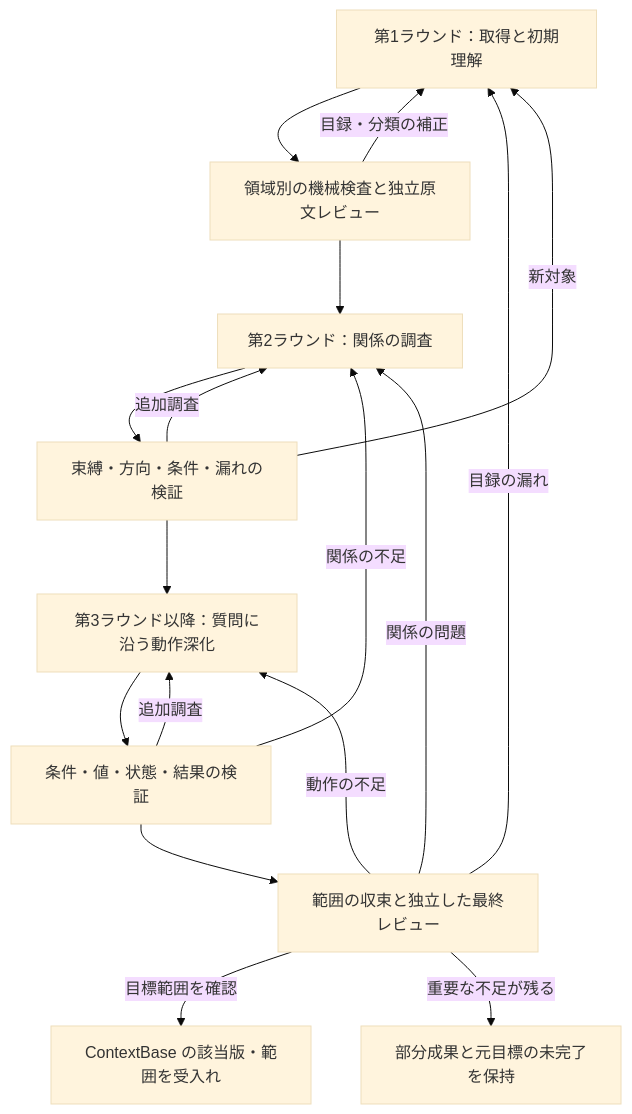
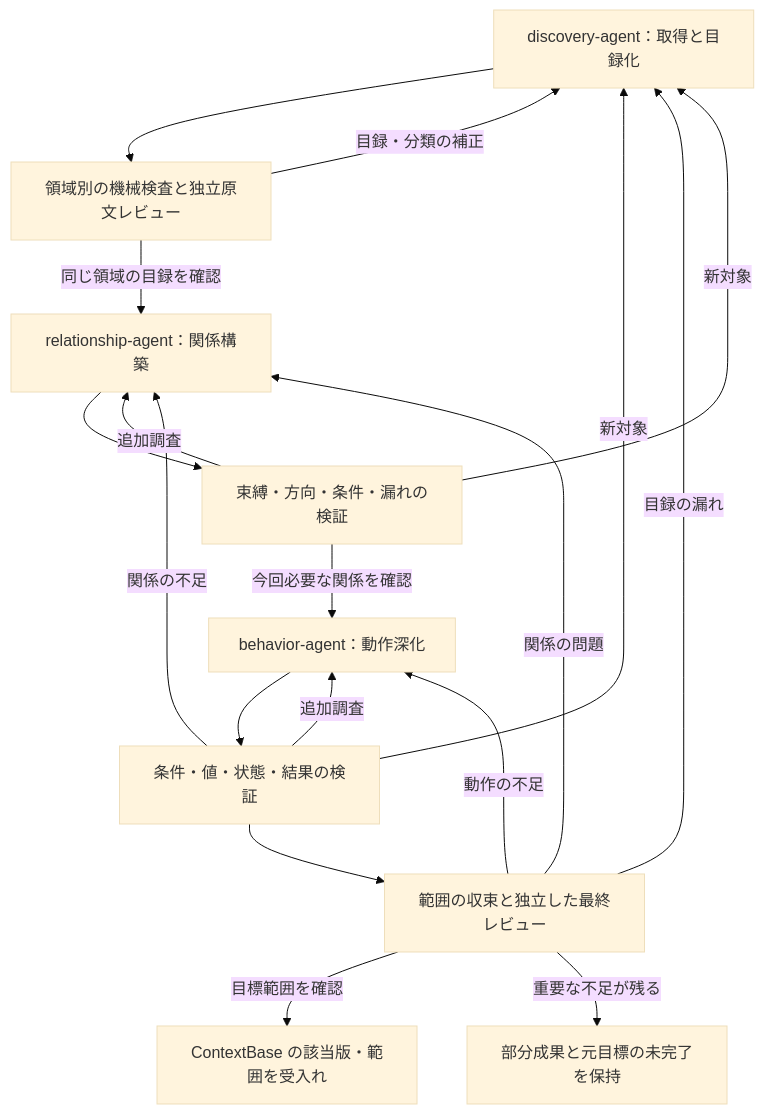
The diagram in agents/reverse-agent/docs/ContextBase分轮提取与验证流程.md (tujinrong/contextbase-evaluation), drawn with Mermaid (base theme) before and after one commit. The commit also changed other lines of this file and 31 other files, not shown here.

````diff
--- a/agents/reverse-agent/docs/ContextBase分轮提取与验证流程.md
+++ b/agents/reverse-agent/docs/ContextBase分轮提取与验证流程.md
@@ -86,20 +88,21 @@
 ```mermaid
 flowchart TD
-    R1[第1ラウンド：取得と初期理解]
+    R1[discovery-agent：取得と目録化]
     R1 --> V1[領域別の機械検査と独立原文レビュー]
     V1 -->|目録・分類の補正| R1
-    V1 --> R2[第2ラウンド：関係の調査]
+    V1 -->|同じ領域の目録を確認| R2[relationship-agent：関係構築]
     R2 --> V2[束縛・方向・条件・漏れの検証]
     V2 -->|追加調査| R2
-    V2 --> R3[第3ラウンド以降：質問に沿う動作深化]
+    V2 -->|今回必要な関係を確認| R3[behavior-agent：動作深化]
     R3 --> V3[条件・値・状態・結果の検証]
     V3 -->|追加調査| R3
     V2 -->|新対象| R1
+    V3 -->|新対象| R1
     V3 -->|関係の不足| R2
     V3 --> R4[範囲の収束と独立した最終レビュー]
     R4 -->|目録の漏れ| R1
     R4 -->|関係の問題| R2
     R4 -->|動作の不足| R3
     R4 -->|目標範囲を確認| A[ContextBase の該当版・範囲を受入れ]
     R4 -->|重要な不足が残る| P[部分成果と元目標の未完了を保持]
 ```
````
